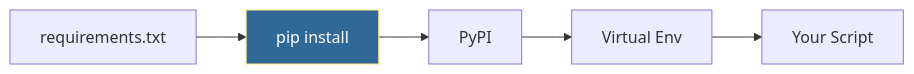
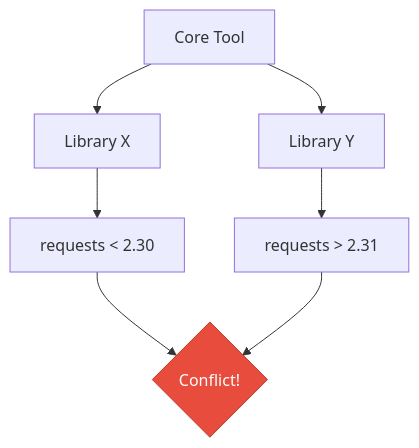
Before and after one commit to Ganil151/Devops: the second of 2 diagrams in 1-Beginner/02-Phase-2/01-Automation/02-Python-Basics/16-Package-Management/README.md, drawn with Mermaid. The commit also changed other lines of this file and 74 other files, not shown here.

````diff
--- a/1-Beginner/02-Phase-2/01-Automation/02-Python-Basics/16-Package-Management/README.md
+++ b/1-Beginner/02-Phase-2/01-Automation/02-Python-Basics/16-Package-Management/README.md
@@ -18,9 +96,11 @@
 ```mermaid
-flowchart LR
-    A[requirements.txt] --> B[pip install]
-    B --> C[PyPI]
-    C --> D[Virtual Env]
-    D --> E[Your Script]
+flowchart TD
+    A[Core Tool] --> B[Library X]
+    A --> C[Library Y]
+    B --> D[requests < 2.30]
+    C --> E[requests > 2.31]
+    D --> F{Conflict!}
+    E --> F
     
-    style B fill:#306998,stroke:#ffe873,color:#fff
+    style F fill:#e74c3c,stroke:#c0392b,color:#fff
 ```
````
